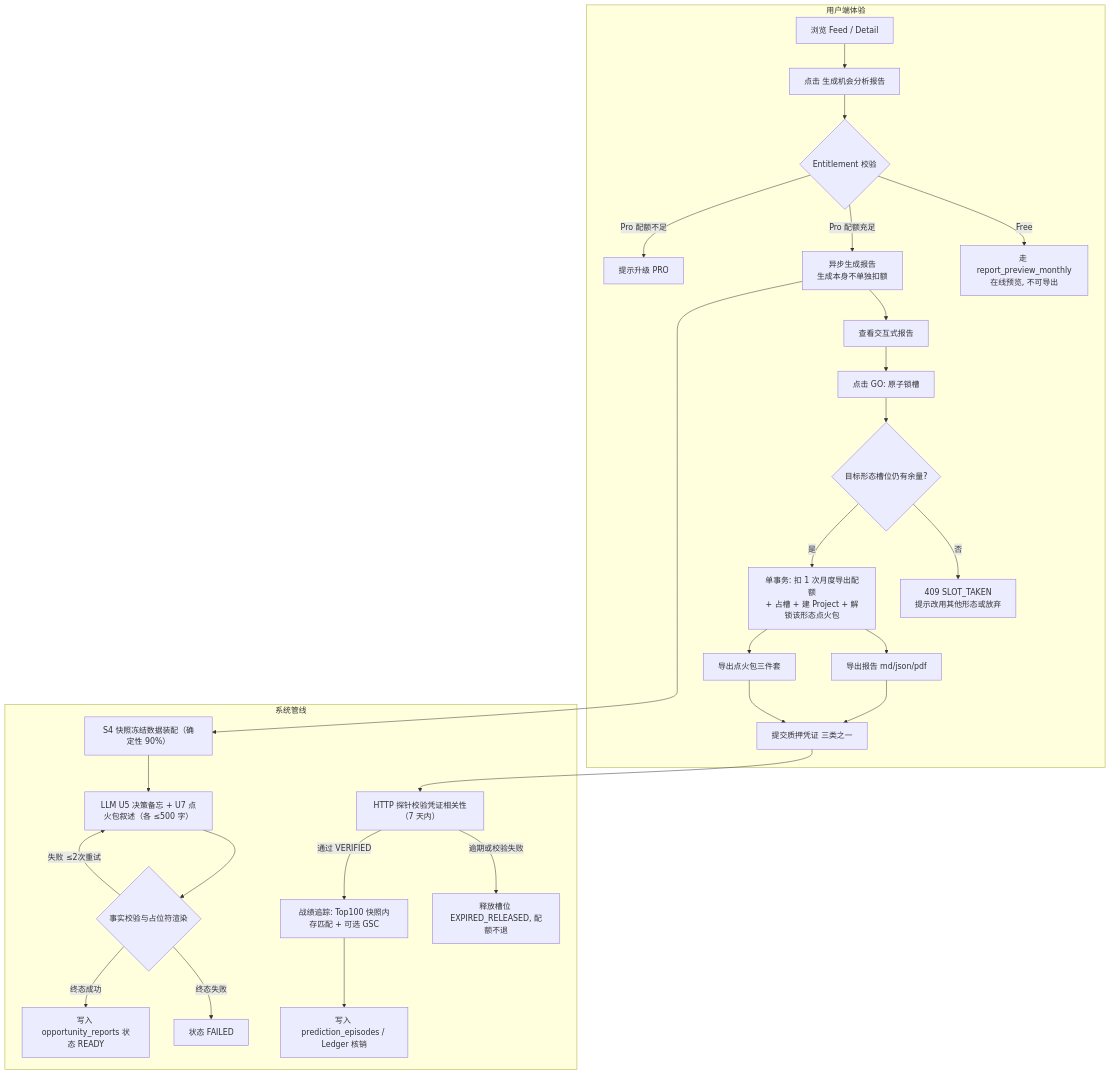
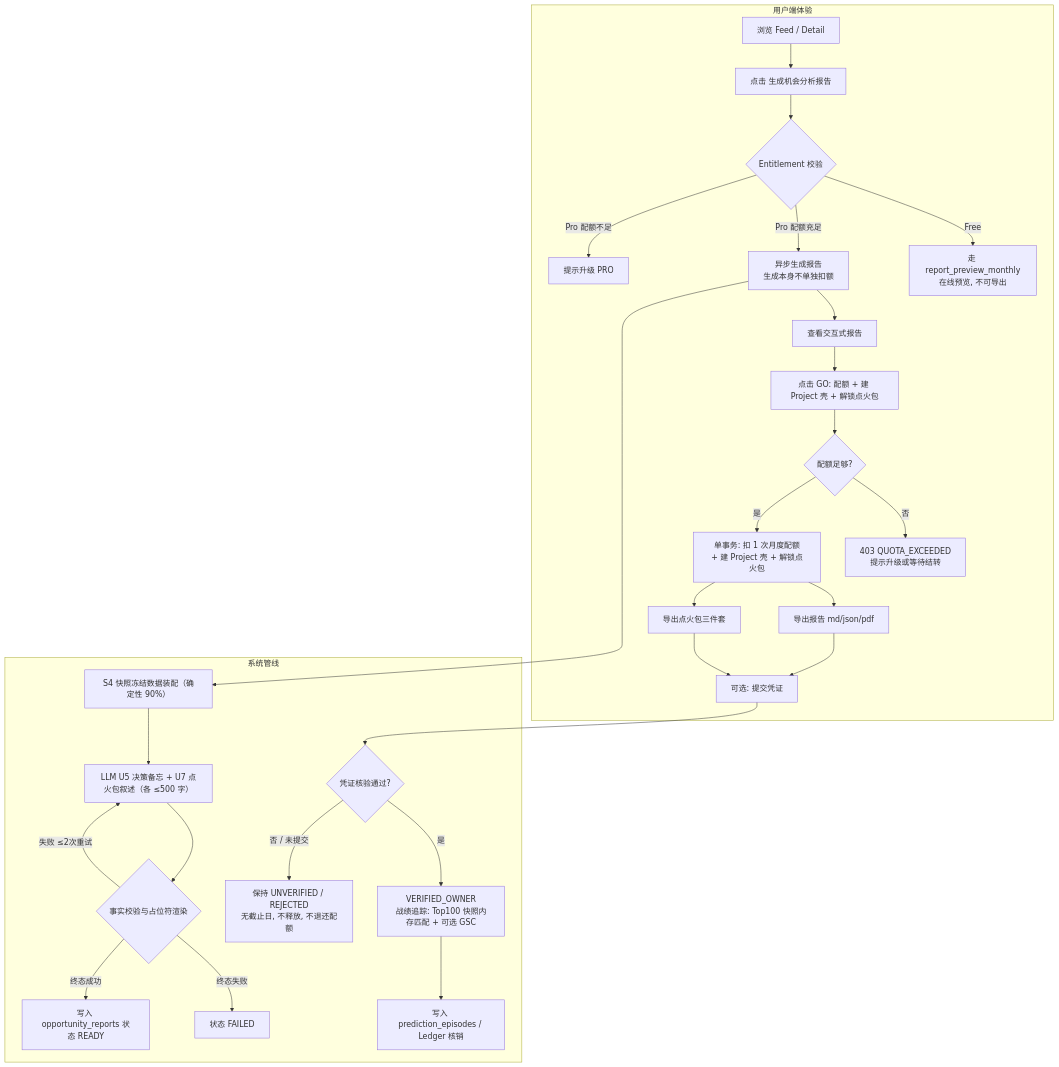
One commit to 500wango/emeradar changed the diagram in docs/09-OPPORTUNITY-REPORT-SPEC.md. Above: the diagram before and after it, drawn with Mermaid. The commit also changed other lines of this file and 23 other files, not shown here.

````diff
--- a/docs/09-OPPORTUNITY-REPORT-SPEC.md
+++ b/docs/09-OPPORTUNITY-REPORT-SPEC.md
@@ -22,32 +22,32 @@
 ```mermaid
 flowchart TD
   subgraph User[用户端体验]
     A[浏览 Feed / Detail] --> B[点击 生成机会分析报告]
     B --> C{Entitlement 校验}
     C -->|Free| C1[走 report_preview_monthly<br/>在线预览, 不可导出]
     C -->|Pro 配额充足| D[异步生成报告<br/>生成本身不单独扣额]
     C -->|Pro 配额不足| C2[提示升级 PRO]
     D --> E[查看交互式报告]
-    E --> G[点击 GO: 原子锁槽]
-    G --> G1{目标形态槽位仍有余量?}
-    G1 -->|否| G2[409 SLOT_TAKEN<br/>提示改用其他形态或放弃]
-    G1 -->|是| H[单事务: 扣 1 次月度导出配额<br/>+ 占槽 + 建 Project + 解锁该形态点火包]
+    E --> G[点击 GO: 配额 + 建 Project 壳 + 解锁点火包]
+    G --> G1{配额足够?}
+    G1 -->|否| G2[403 QUOTA_EXCEEDED<br/>提示升级或等待结转]
+    G1 -->|是| H[单事务: 扣 1 次月度配额<br/>+ 建 Project 壳 + 解锁点火包]
     H --> H1[导出报告 md/json/pdf]
     H --> H2[导出点火包三件套]
-    H1 --> I[提交质押凭证 三类之一]
+    H1 --> I[可选: 提交凭证]
     H2 --> I
   end
 
   subgraph System[系统管线]
     D --> S1[S4 快照冻结数据装配（确定性 90%）]
     S1 --> S2[LLM U5 决策备忘 + U7 点火包叙述（各 ≤500 字）]
     S2 --> S3{事实校验与占位符渲染}
     S3 -->|失败 ≤2次重试| S2
     S3 -->|终态失败| S5[状态 FAILED]
     S3 -->|终态成功| S4[写入 opportunity_reports 状态 READY]
-    I --> S6[HTTP 探针校验凭证相关性（7 天内）]
-    S6 -->|逾期或校验失败| S7[释放槽位 EXPIRED_RELEASED, 配额不退]
-    S6 -->|通过 VERIFIED| S8[战绩追踪: Top100 快照内存匹配 + 可选 GSC]
+    I --> S6{凭证核验通过?}
+    S6 -->|是| S8[VERIFIED_OWNER<br/>战绩追踪: Top100 快照内存匹配 + 可选 GSC]
+    S6 -->|否 / 未提交| S7[保持 UNVERIFIED / REJECTED<br/>无截止日, 不释放, 不退还配额]
     S8 --> S9[写入 prediction_episodes / Ledger 核销]
   end
 ```
````
